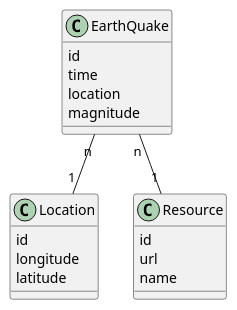
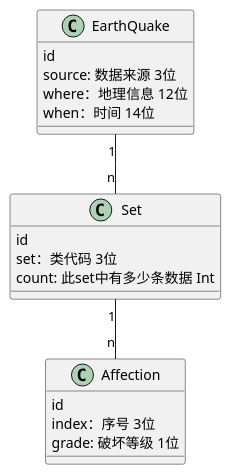
One commit to bupt-juniorTeam/EarthQuake changed the diagram in doc/db.puml. Above: the diagram before and after it, drawn with PlantUML. The commit also changed 8 other files, not shown here.

```diff
--- a/doc/db.puml
+++ b/doc/db.puml
@@ -1,25 +1,25 @@
 @startuml
 'https://plantuml.com/class-diagram
 
 class EarthQuake{
 id
-time
-location
-magnitude
+source: 数据来源 3位
+where：地理信息 12位
+when：时间 14位
 }
 
-class Location{
+class Set{
 id
-longitude
-latitude
+set：类代码 3位
+count: 此set中有多少条数据 Int
 }
 
-class Resource{
+class Affection{
 id
-url
-name
+index：序号 3位
+grade: 破坏等级 1位
 }
 
-EarthQuake "n"  -- "1" Location
-EarthQuake "n"  -- "1" Resource
+EarthQuake "1"  -- "n" Set
+Set "1" -- "n" Affection
 @enduml
```
